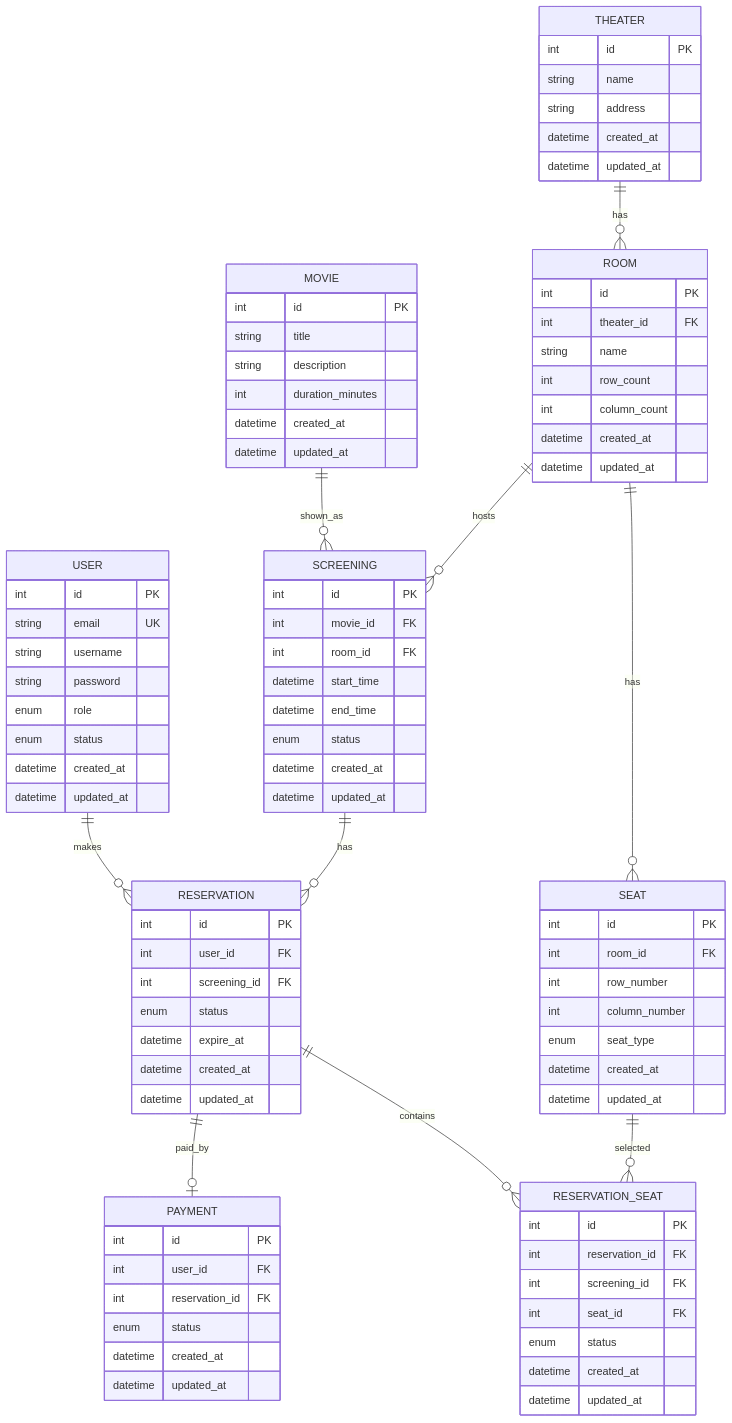
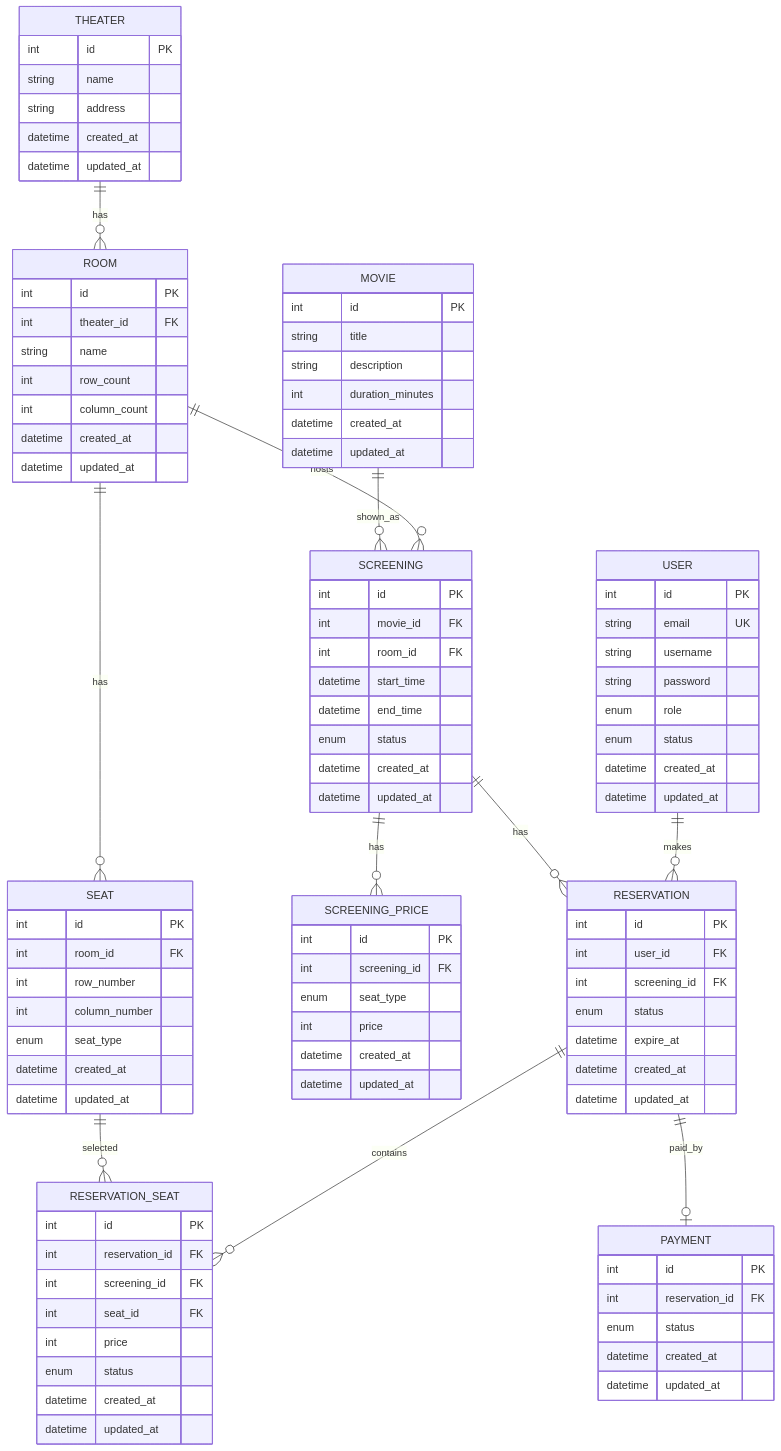
One commit to Reserix/reserix-api changed the diagram in docs/database/README.md. Above: the diagram before and after it, drawn with Mermaid. The commit also changed other lines of this file and 7 other files, not shown here.

Commit message:
[Fix] Update the database schema and add flyway

```diff
--- a/docs/database/README.md
+++ b/docs/database/README.md
@@ -63,6 +63,15 @@
         datetime updated_at
     }
     
+    SCREENING_PRICE {
+        int id PK
+        int screening_id FK
+        enum seat_type
+        int price
+        datetime created_at
+        datetime updated_at
+    }
+    
     RESERVATION {
         int id PK
         int user_id FK
@@ -78,6 +87,7 @@
         int reservation_id FK
         int screening_id FK
         int seat_id FK
+        int price
         enum status
         datetime created_at
         datetime updated_at
@@ -85,7 +95,6 @@
 
     PAYMENT {
         int id PK
-        int user_id FK
         int reservation_id FK
         enum status
         datetime created_at
@@ -99,6 +108,7 @@
 
     USER ||--o{ RESERVATION : makes
     SCREENING ||--o{ RESERVATION : has
+    SCREENING ||--o{ SCREENING_PRICE : has
     RESERVATION ||--o{ RESERVATION_SEAT : contains
     RESERVATION ||--o| PAYMENT : paid_by
     SEAT ||--o{ RESERVATION_SEAT : selected
```
